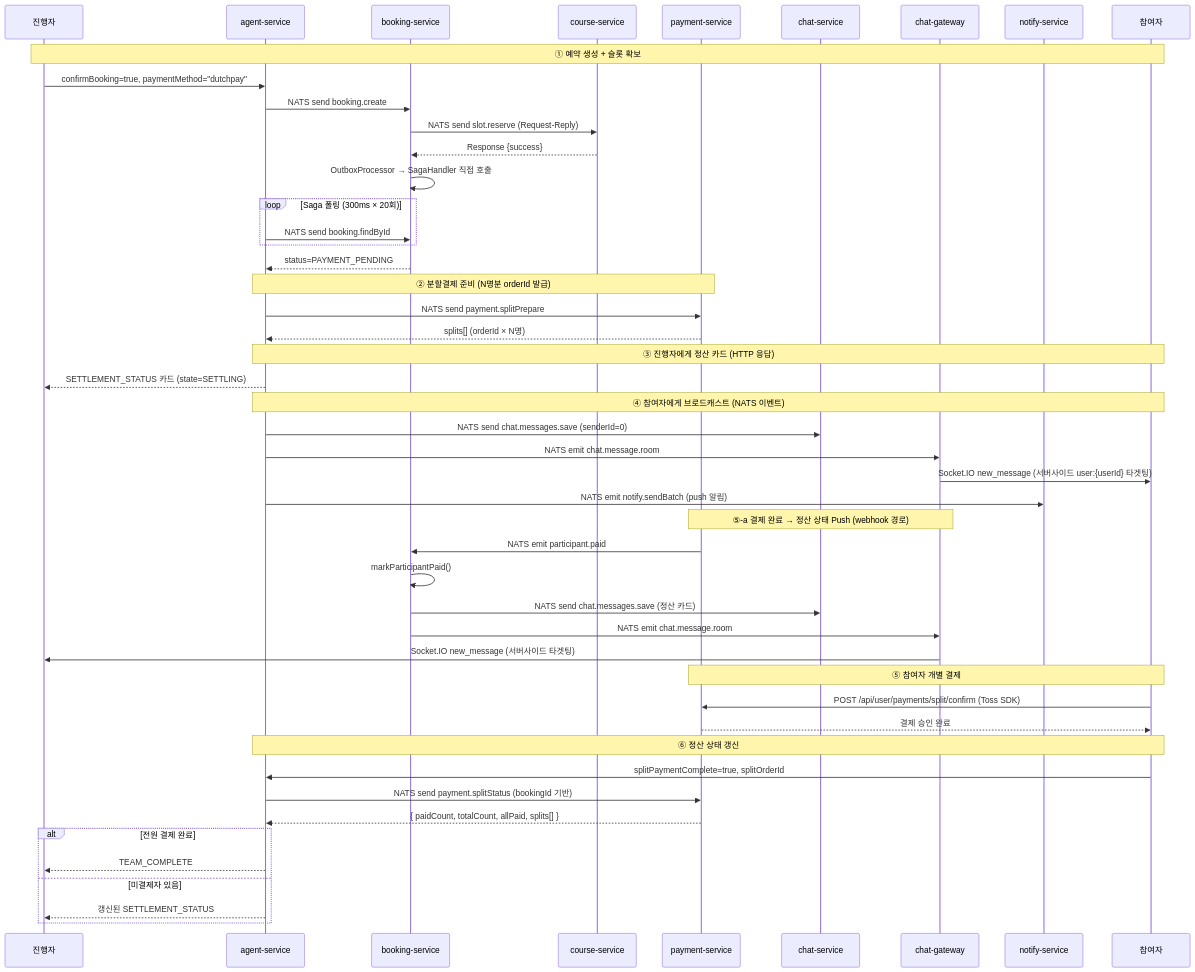
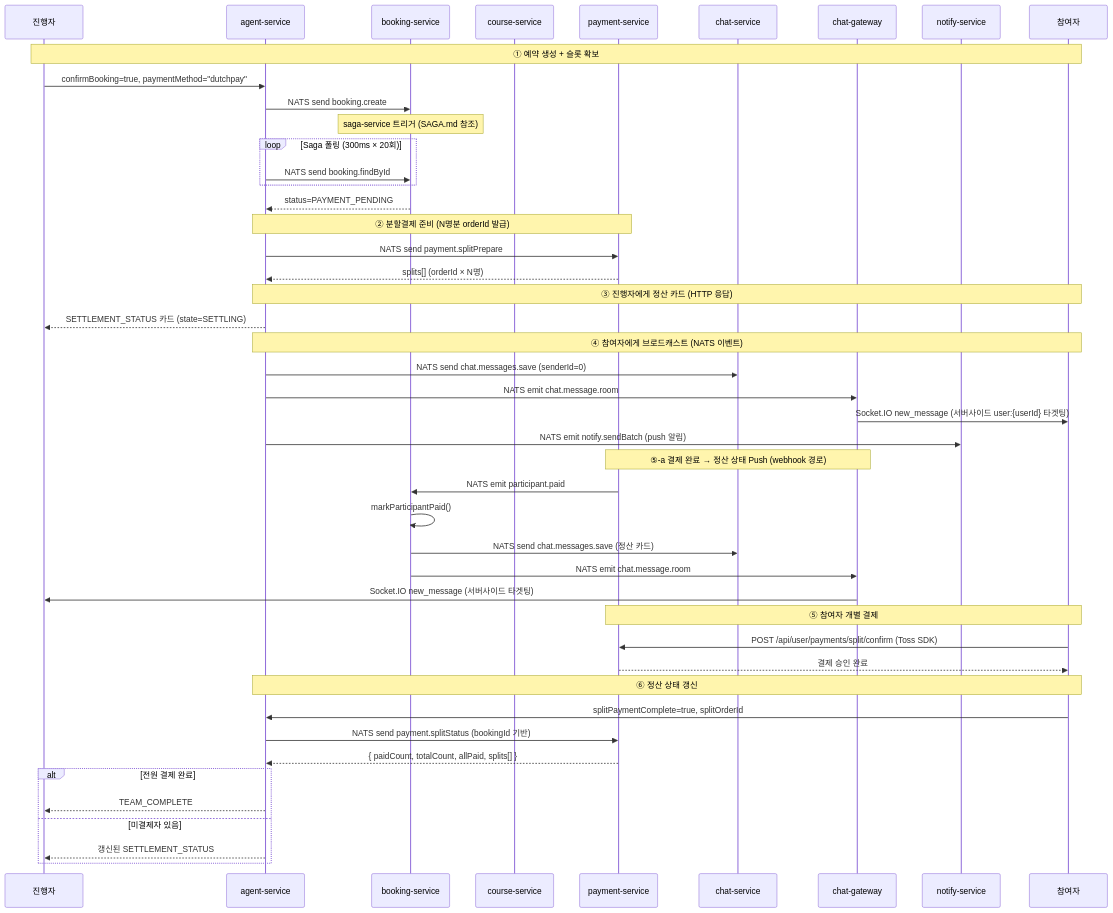
Before and after one commit to uniyous/parkgolf-platform: the third of 3 diagrams in docs/workflow/AGENT.md, drawn with Mermaid. The commit also changed other lines of this file and 9 other files, not shown here.

First line of the commit message:
docs: saga-service 독립 분리에 따른 아키텍처/워크플로우 문서 현행화

````diff
--- a/docs/workflow/AGENT.md
+++ b/docs/workflow/AGENT.md
@@ -367,59 +365,57 @@
 ```mermaid
 sequenceDiagram
     participant Booker as 진행자
     participant Agent as agent-service
     participant Book as booking-service
     participant Course as course-service
     participant Pay as payment-service
     participant Chat as chat-service
     participant GW as chat-gateway
     participant Notify as notify-service
     participant P as 참여자
 
     Note over Booker,P: ① 예약 생성 + 슬롯 확보
     Booker->>Agent: confirmBooking=true, paymentMethod="dutchpay"
     Agent->>Book: NATS send booking.create
-    Book->>Course: NATS send slot.reserve (Request-Reply)
-    Course-->>Book: Response {success}
-    Book->>Book: OutboxProcessor → SagaHandler 직접 호출
+    Note over Book: saga-service 트리거 (SAGA.md 참조)
 
     loop Saga 폴링 (300ms × 20회)
         Agent->>Book: NATS send booking.findById
     end
     Book-->>Agent: status=PAYMENT_PENDING
 
     Note over Agent,Pay: ② 분할결제 준비 (N명분 orderId 발급)
     Agent->>Pay: NATS send payment.splitPrepare
     Pay-->>Agent: splits[] (orderId × N명)
 
     Note over Agent,P: ③ 진행자에게 정산 카드 (HTTP 응답)
     Agent-->>Booker: SETTLEMENT_STATUS 카드 (state=SETTLING)
 
     Note over Agent,P: ④ 참여자에게 브로드캐스트 (NATS 이벤트)
     Agent->>Chat: NATS send chat.messages.save (senderId=0)
     Agent->>GW: NATS emit chat.message.room
     GW->>P: Socket.IO new_message (서버사이드 user:{userId} 타겟팅)
     Agent->>Notify: NATS emit notify.sendBatch (push 알림)
 
     Note over Pay,GW: ⑤-a 결제 완료 → 정산 상태 Push (webhook 경로)
     Pay->>Book: NATS emit participant.paid
     Book->>Book: markParticipantPaid()
     Book->>Chat: NATS send chat.messages.save (정산 카드)
     Book->>GW: NATS emit chat.message.room
     GW->>Booker: Socket.IO new_message (서버사이드 타겟팅)
 
     Note over P,Pay: ⑤ 참여자 개별 결제
     P->>Pay: POST /api/user/payments/split/confirm (Toss SDK)
     Pay-->>P: 결제 승인 완료
 
     Note over P,Agent: ⑥ 정산 상태 갱신
     P->>Agent: splitPaymentComplete=true, splitOrderId
     Agent->>Pay: NATS send payment.splitStatus (bookingId 기반)
     Pay-->>Agent: { paidCount, totalCount, allPaid, splits[] }
 
     alt 전원 결제 완료
         Agent-->>Booker: TEAM_COMPLETE
     else 미결제자 있음
         Agent-->>Booker: 갱신된 SETTLEMENT_STATUS
     end
 ```
````
